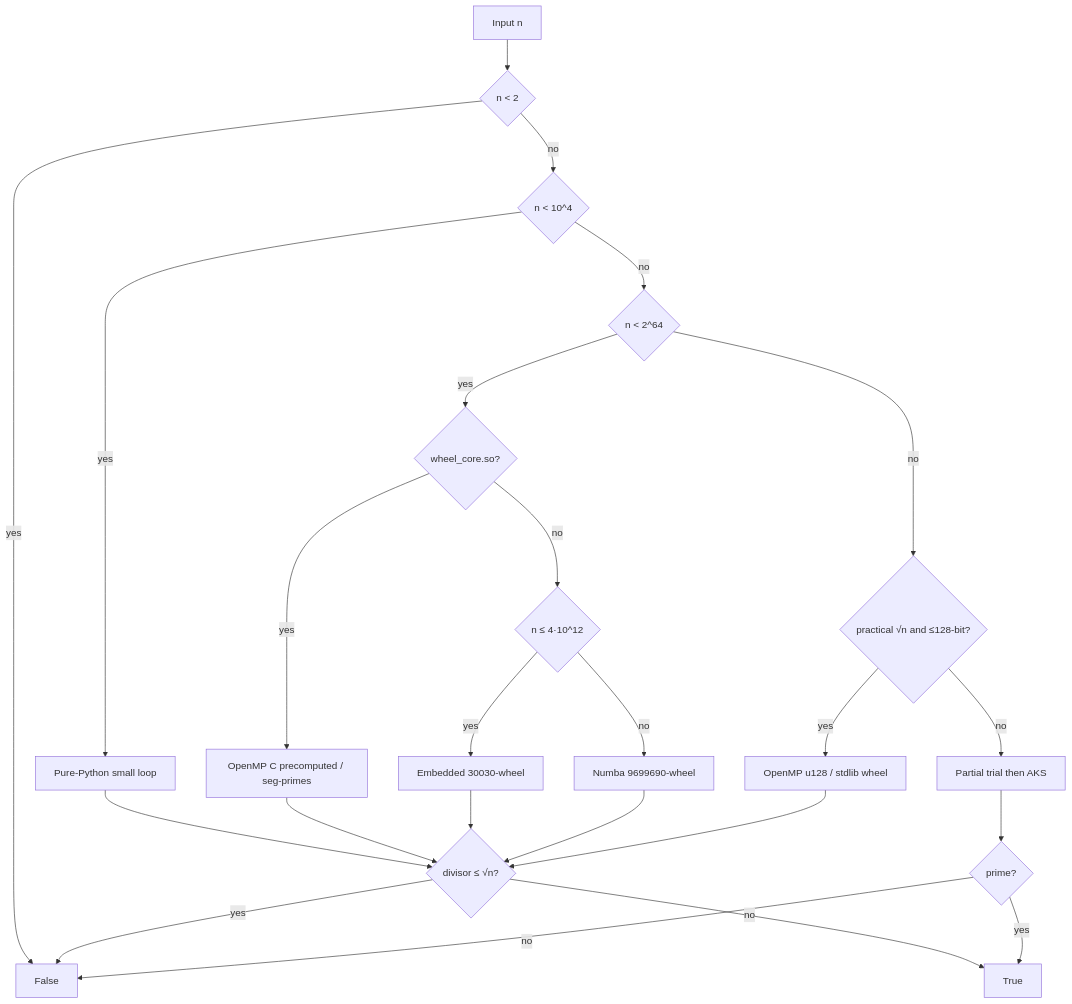
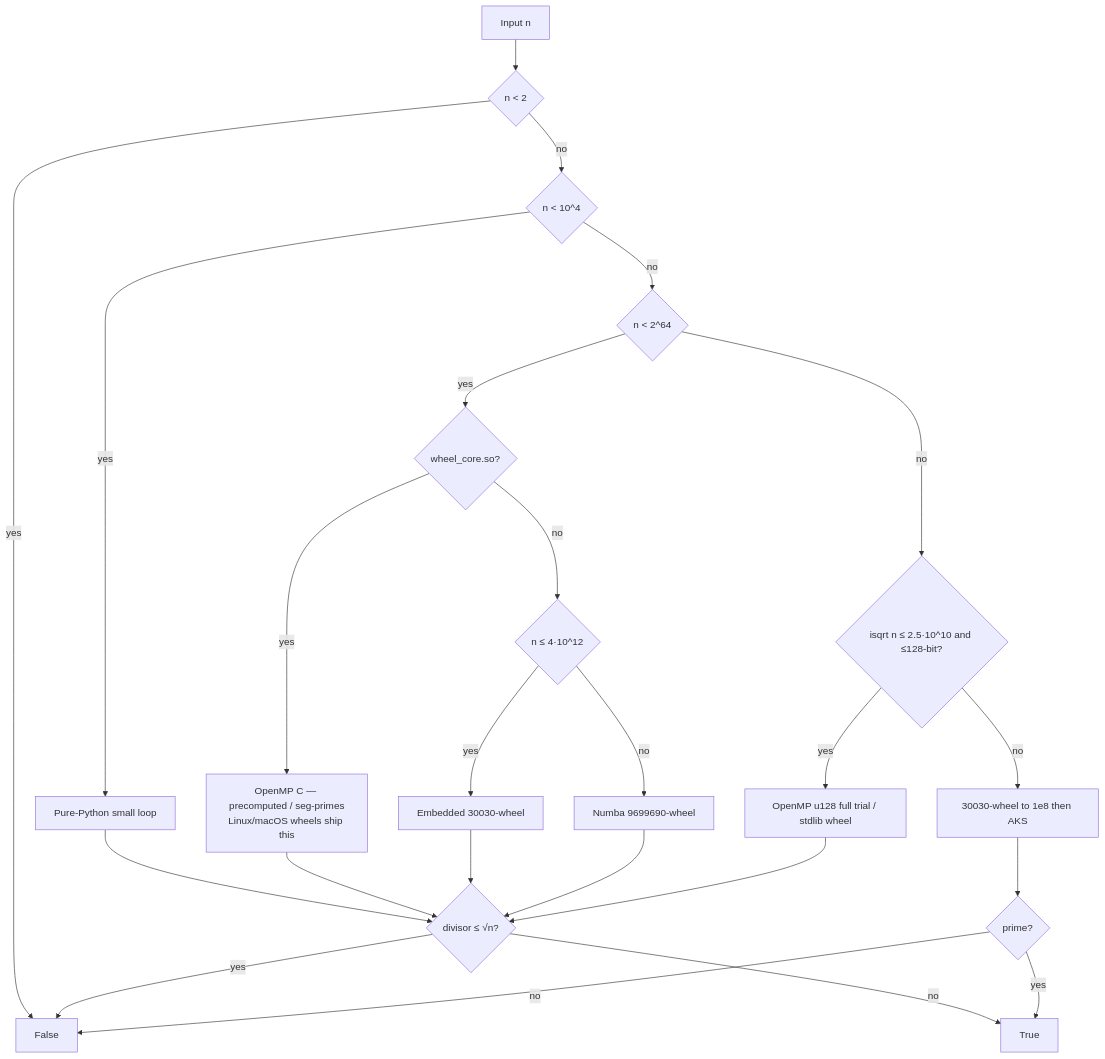
Before and after one commit to BurakAhmet/Best-Prime-Number-Function: the diagram in docs/guide/engines.md, drawn with Mermaid. The commit also changed other lines of this file and 3 other files, not shown here.

````diff
--- a/docs/guide/engines.md
+++ b/docs/guide/engines.md
@@ -19,26 +20,26 @@
 ```mermaid
 flowchart TD
   A[Input n] --> B{n < 2}
   B -->|yes| Z1[False]
   B -->|no| C{n < 10^4}
   C -->|yes| P1[Pure-Python small loop]
   C -->|no| D{n < 2^64}
   D -->|yes| E{wheel_core.so?}
-  E -->|yes| P2[OpenMP C precomputed / seg-primes]
+  E -->|yes| P2[OpenMP C — precomputed / seg-primes<br/>Linux/macOS wheels ship this]
   E -->|no| F{n ≤ 4·10^12}
   F -->|yes| P3[Embedded 30030-wheel]
   F -->|no| P4[Numba 9699690-wheel]
   P1 --> G{divisor ≤ √n?}
   P2 --> G
   P3 --> G
   P4 --> G
   G -->|yes| Z1
   G -->|no| Z2[True]
-  D -->|no| H{practical √n and ≤128-bit?}
-  H -->|yes| P5[OpenMP u128 / stdlib wheel]
+  D -->|no| H{isqrt n ≤ 2.5·10^10 and ≤128-bit?}
+  H -->|yes| P5[OpenMP u128 full trial / stdlib wheel]
   P5 --> G
-  H -->|no| I[Partial trial then AKS]
+  H -->|no| I[30030-wheel to 1e8 then AKS]
   I --> L{prime?}
   L -->|yes| Z2
   L -->|no| Z1
 ```
````
